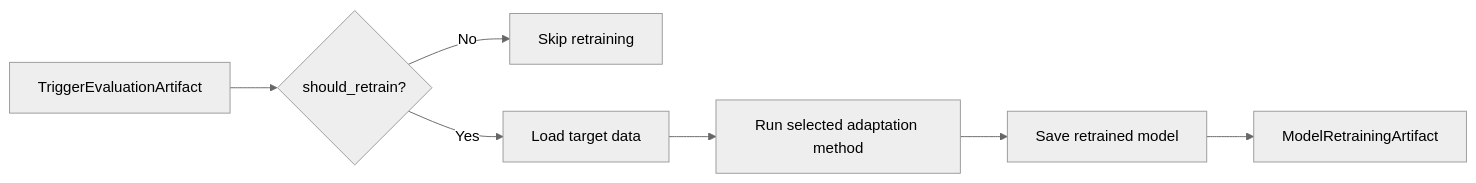
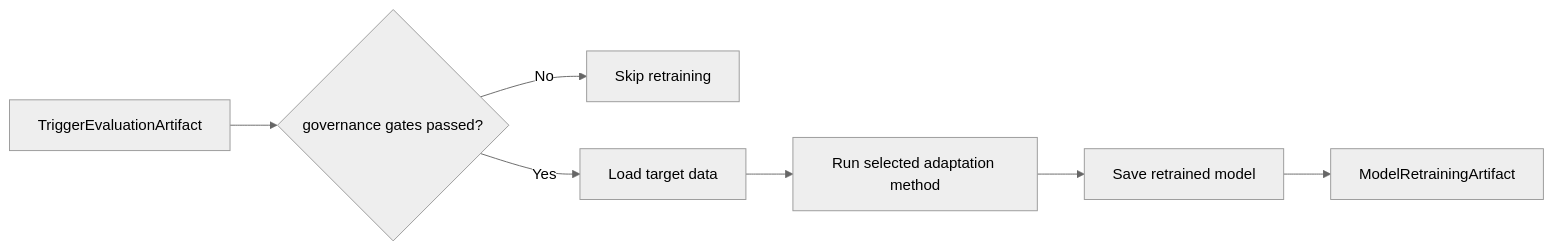
One commit to ShalinVachheta017/wearable-har-mlops-pipeline changed diagram 12 of 20 in docs/PIPELINE_DATA_FLOW_MAP.md. Above: the diagram before and after it, drawn with Mermaid (neutral theme). The commit also changed other lines of this file and 450 other files, not shown here.

````diff
--- a/docs/PIPELINE_DATA_FLOW_MAP.md
+++ b/docs/PIPELINE_DATA_FLOW_MAP.md
@@ -282,9 +276,9 @@
 ```mermaid
 flowchart LR
-    S8A[TriggerEvaluationArtifact] --> S8B{should_retrain?}
+    S8A[TriggerEvaluationArtifact] --> S8B{governance gates passed?}
     S8B -->|No| S8C[Skip retraining]
     S8B -->|Yes| S8D[Load target data]
     S8D --> S8E[Run selected adaptation method]
     S8E --> S8F[Save retrained model]
     S8F --> S8G[ModelRetrainingArtifact]
 ```
````
